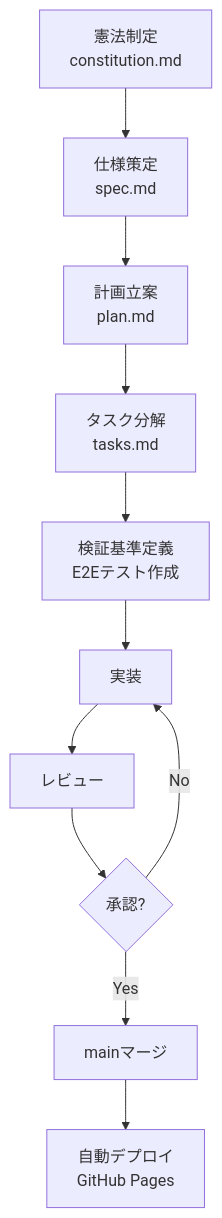
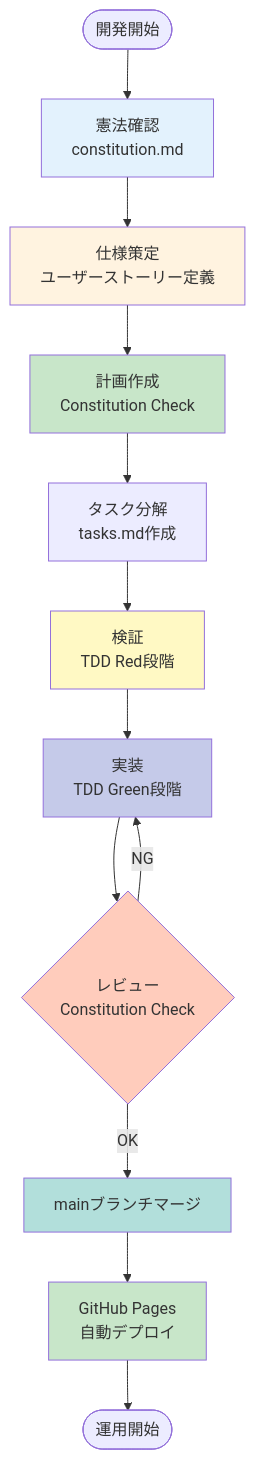
One commit to J1921604/ValueScope changed the first of 2 diagrams in .specify/memory/constitution.md. Above: the diagram before and after it, drawn with Mermaid. The commit also changed other lines of this file and 11 other files, not shown here.

````diff
--- a/.specify/memory/constitution.md
+++ b/.specify/memory/constitution.md
@@ -220,13 +188,23 @@
 ```mermaid
 flowchart TD
-    A[憲法制定<br/>constitution.md] --> B[仕様策定<br/>spec.md]
-    B --> C[計画立案<br/>plan.md]
-    C --> D[タスク分解<br/>tasks.md]
-    D --> E[検証基準定義<br/>E2Eテスト作成]
-    E --> F[実装]
-    F --> G[レビュー]
-    G --> H{承認?}
-    H -->|Yes| I[mainマージ]
-    H -->|No| F
-    I --> J[自動デプロイ<br/>GitHub Pages]
+    START([開発開始]) --> CONST[憲法確認<br/>constitution.md]
+    CONST --> SPEC[仕様策定<br/>ユーザーストーリー定義]
+    SPEC --> PLAN[計画作成<br/>Constitution Check]
+    PLAN --> TASK[タスク分解<br/>tasks.md作成]
+    TASK --> TEST[検証<br/>TDD Red段階]
+    TEST --> IMPL[実装<br/>TDD Green段階]
+    IMPL --> REVIEW{レビュー<br/>Constitution Check}
+    REVIEW -->|NG| IMPL
+    REVIEW -->|OK| MERGE[mainブランチマージ]
+    MERGE --> DEPLOY[GitHub Pages<br/>自動デプロイ]
+    DEPLOY --> END([運用開始])
+    
+    style CONST fill:#e3f2fd
+    style SPEC fill:#fff3e0
+    style PLAN fill:#c8e6c9
+    style TEST fill:#fff9c4
+    style IMPL fill:#c5cae9
+    style REVIEW fill:#ffccbc
+    style MERGE fill:#b2dfdb
+    style DEPLOY fill:#c8e6c9
 ```
````
